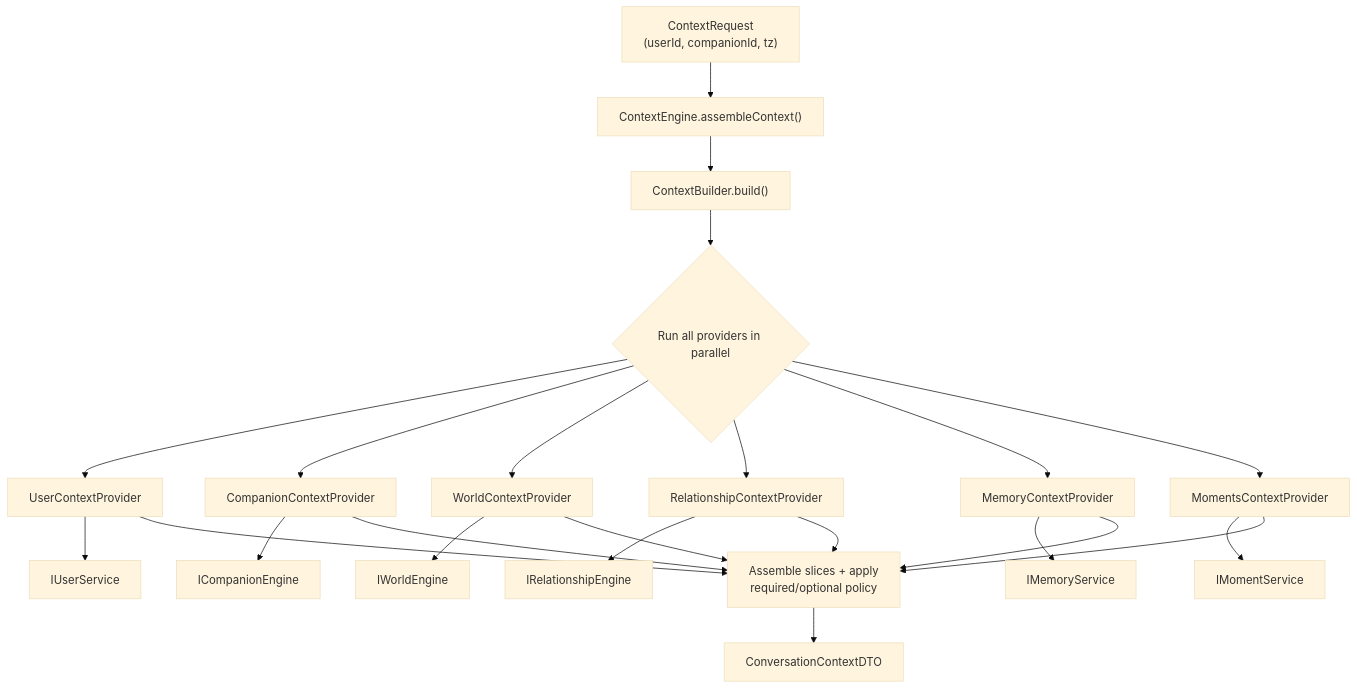
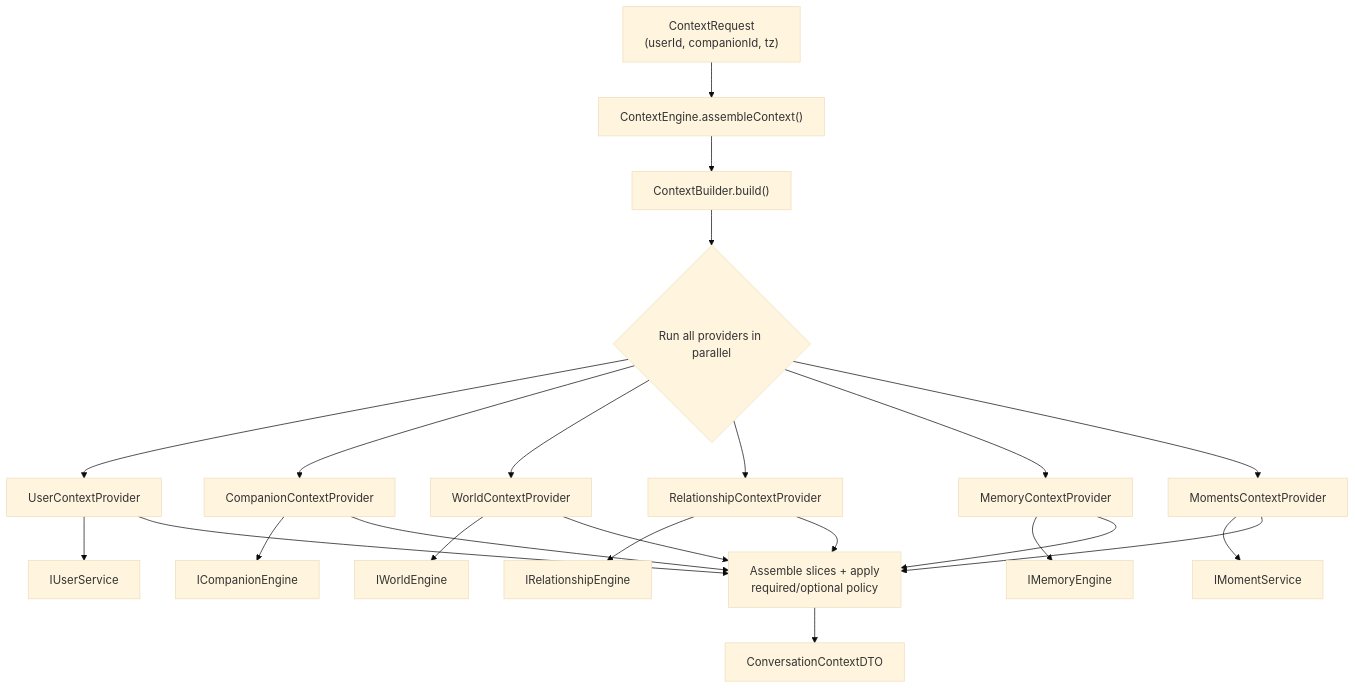
One commit to shubhamagar123/featherlite changed the first of 3 diagrams in src/engines/context/README.md. Above: the diagram before and after it, drawn with Mermaid (base theme). The commit also changed other lines of this file and 17 other files, not shown here.

First line of the commit message:
refactor: separate memory architecture into extraction and storage engines

````diff
--- a/src/engines/context/README.md
+++ b/src/engines/context/README.md
@@ -55,29 +55,29 @@
 ```mermaid
 flowchart TD
     REQ["ContextRequest<br/>(userId, companionId, tz)"] --> ENG["ContextEngine.assembleContext()"]
     ENG --> BLD["ContextBuilder.build()"]
     BLD --> P{Run all providers in parallel}
 
     P --> UP["UserContextProvider"]
     P --> CP["CompanionContextProvider"]
     P --> WP["WorldContextProvider"]
     P --> RP["RelationshipContextProvider"]
     P --> MP["MemoryContextProvider"]
     P --> OP["MomentsContextProvider"]
 
     UP --> US["IUserService"]
     CP --> CS["ICompanionEngine"]
     WP --> WS["IWorldEngine"]
     RP --> RS["IRelationshipEngine"]
-    MP --> MS["IMemoryService"]
+    MP --> ME["IMemoryEngine"]
     OP --> OS["IMomentService"]
 
     UP --> ASM["Assemble slices + apply<br/>required/optional policy"]
     CP --> ASM
     WP --> ASM
     RP --> ASM
     MP --> ASM
     OP --> ASM
 
     ASM --> OUT["ConversationContextDTO"]
 ```
````
